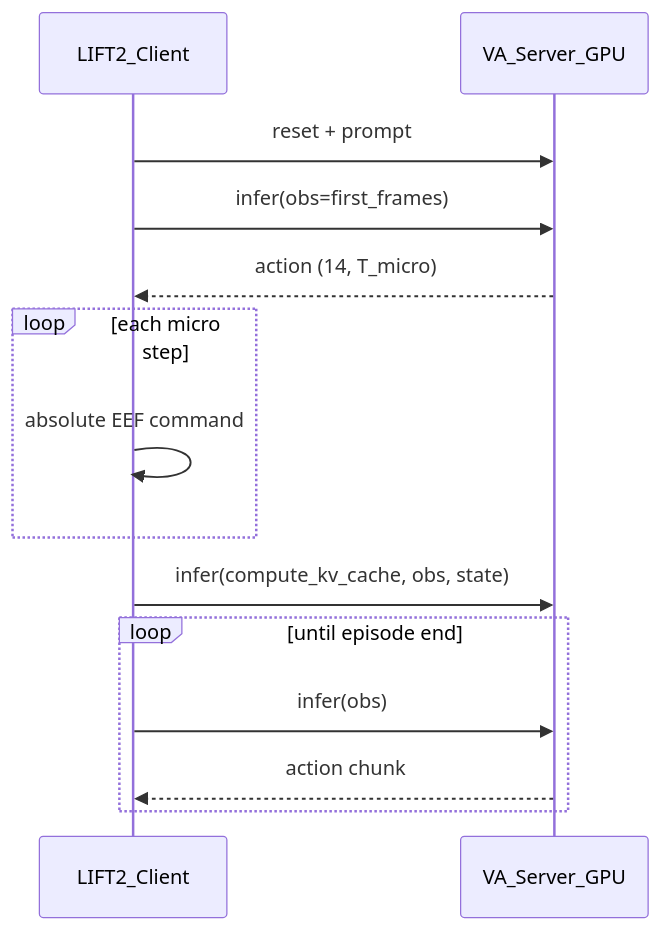
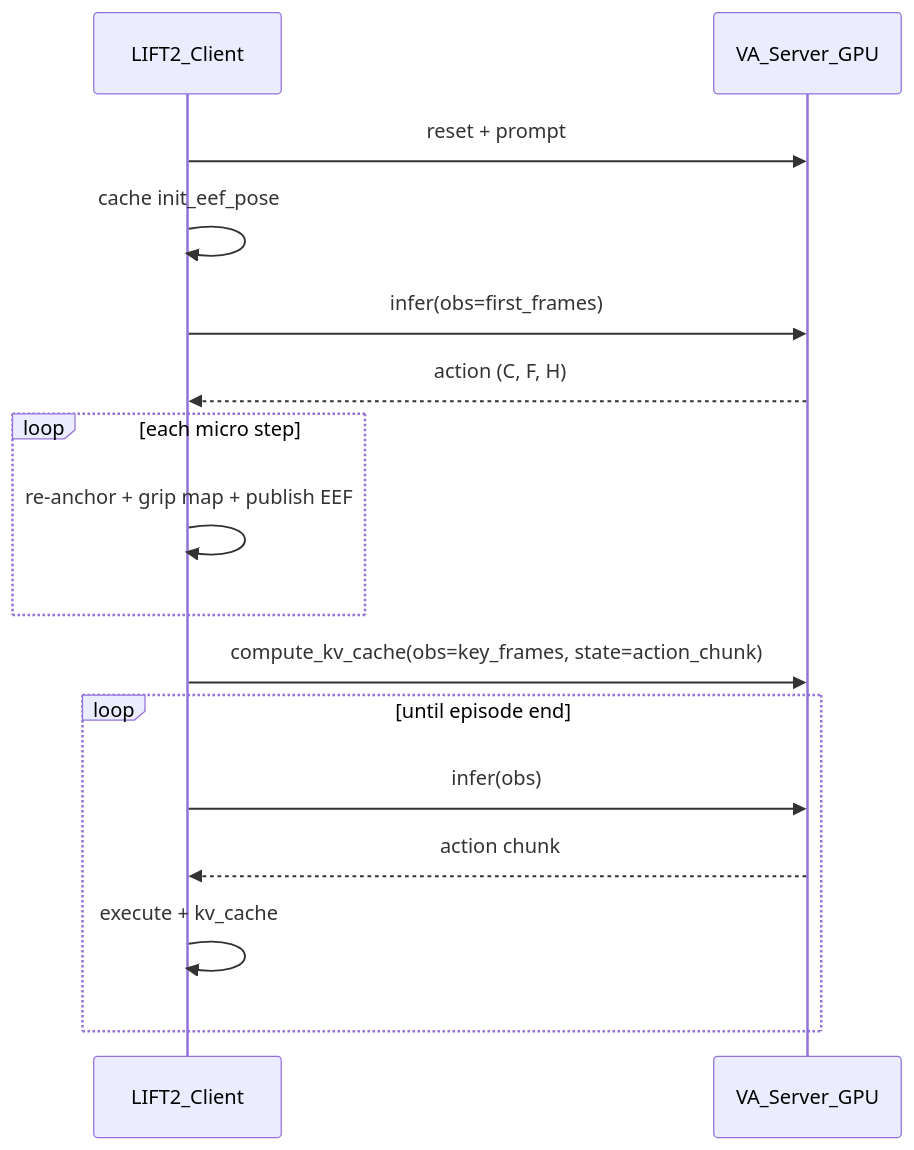
The diagram in docs/4DWAM-on-LIFT2-IMPLEMENTATION_PLAN.md (lishanyqy/4DWAM), drawn with Mermaid before and after one commit. The commit also changed other lines of this file and 29 other files, not shown here.

````diff
--- a/docs/4DWAM-on-LIFT2-IMPLEMENTATION_PLAN.md
+++ b/docs/4DWAM-on-LIFT2-IMPLEMENTATION_PLAN.md
@@ -35,16 +236,18 @@
 ```mermaid
 sequenceDiagram
   participant Robot as LIFT2_Client
   participant WS as VA_Server_GPU
   Robot->>WS: reset + prompt
+  Robot->>Robot: cache init_eef_pose
   Robot->>WS: infer(obs=first_frames)
-  WS-->>Robot: action (14, T_micro)
+  WS-->>Robot: action (C, F, H)
   loop each micro step
-    Robot->>Robot: absolute EEF command
+    Robot->>Robot: re-anchor + grip map + publish EEF
   end
-  Robot->>WS: infer(compute_kv_cache, obs, state)
+  Robot->>WS: compute_kv_cache(obs=key_frames, state=action_chunk)
   loop until episode end
     Robot->>WS: infer(obs)
     WS-->>Robot: action chunk
+    Robot->>Robot: execute + kv_cache
   end
 ```
````
